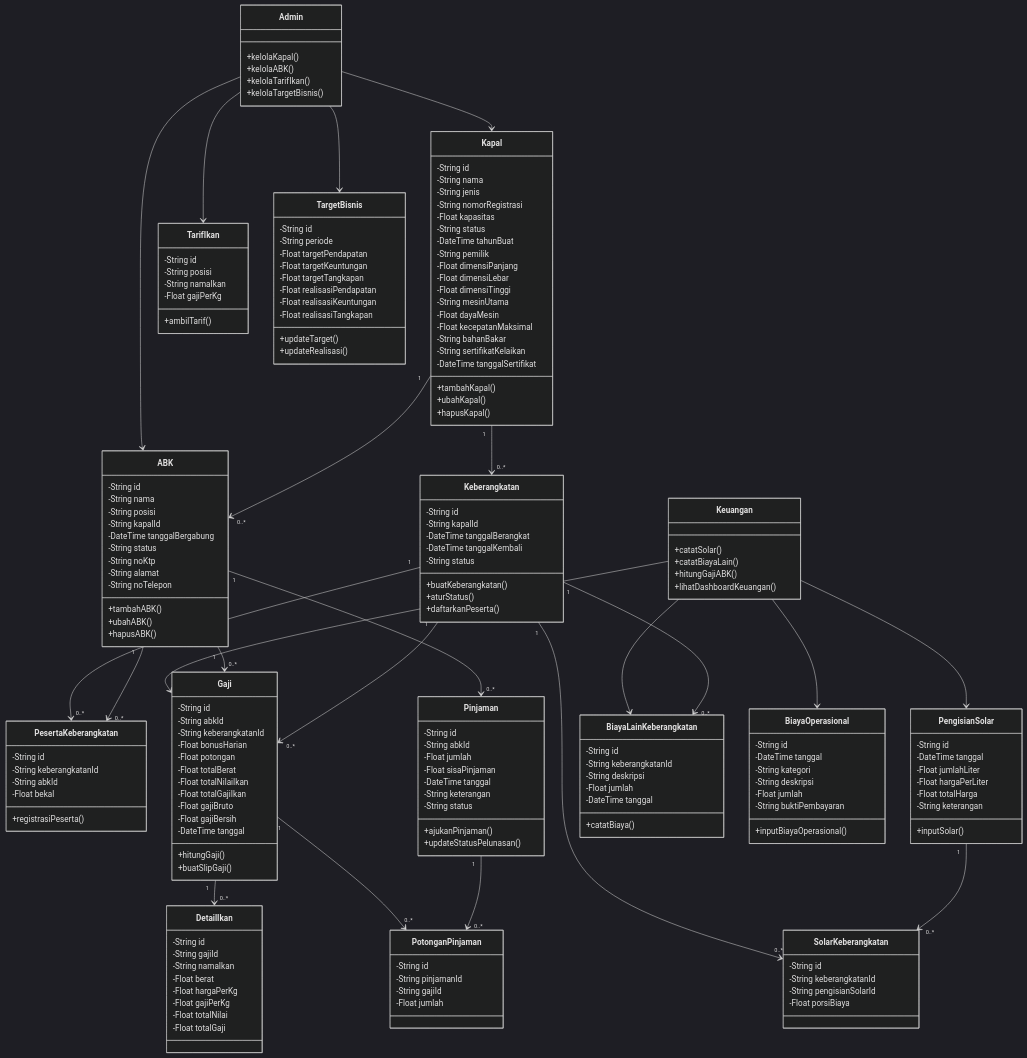
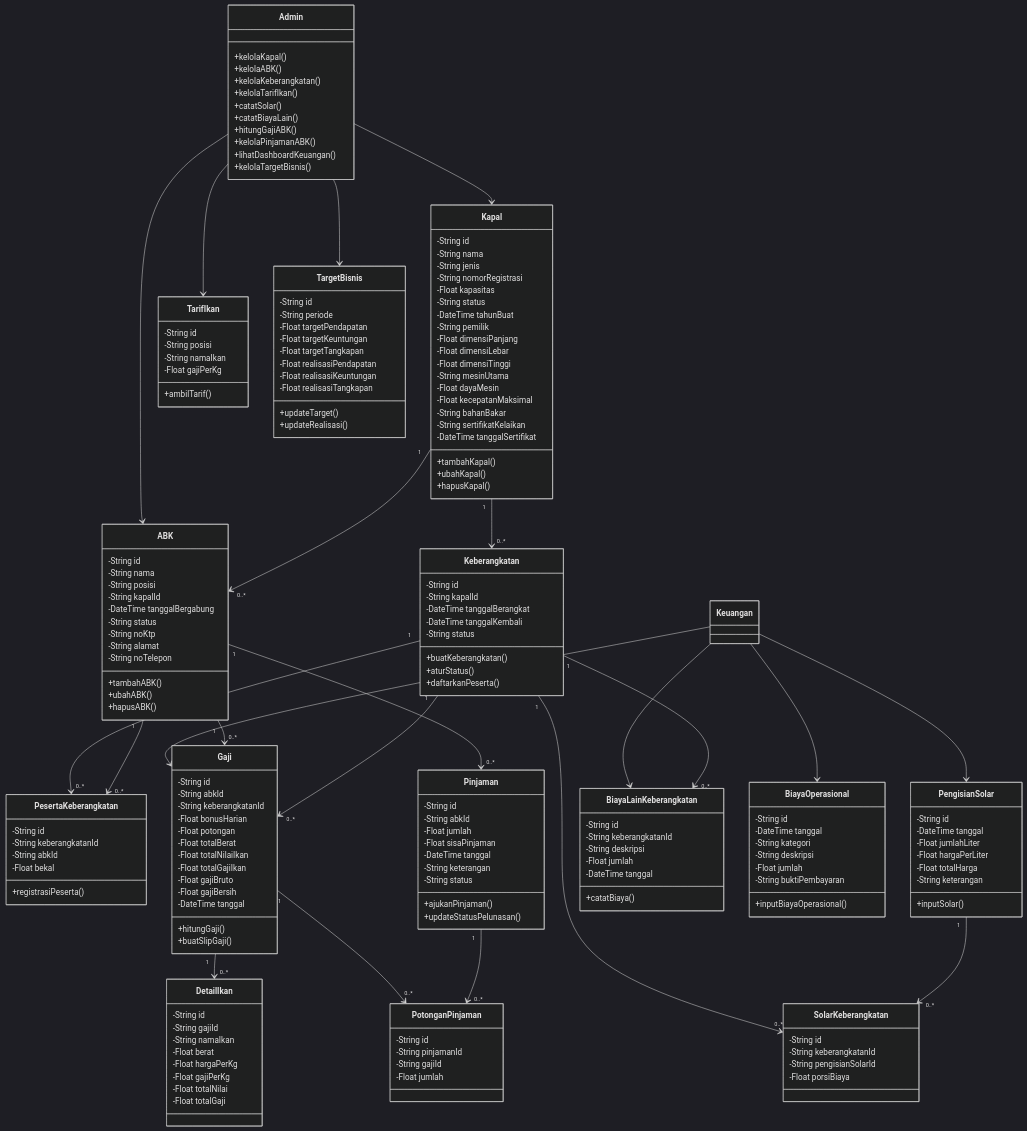
Before and after one commit to Didi180601/Manajemen-Terintegrasi: the second of 5 diagrams in README.md, drawn with Mermaid (dark theme). The commit also changed other lines of this file, not shown here.

```diff
--- a/README.md
+++ b/README.md
@@ -195,15 +195,14 @@
     class Admin {
         +kelolaKapal()
         +kelolaABK()
+        +kelolaKeberangkatan()
         +kelolaTarifIkan()
-        +kelolaTargetBisnis()
-    }
-
-    class Keuangan {
         +catatSolar()
         +catatBiayaLain()
         +hitungGajiABK()
+        +kelolaPinjamanABK()
         +lihatDashboardKeuangan()
+        +kelolaTargetBisnis()
     }
 
     class Kapal {
```
